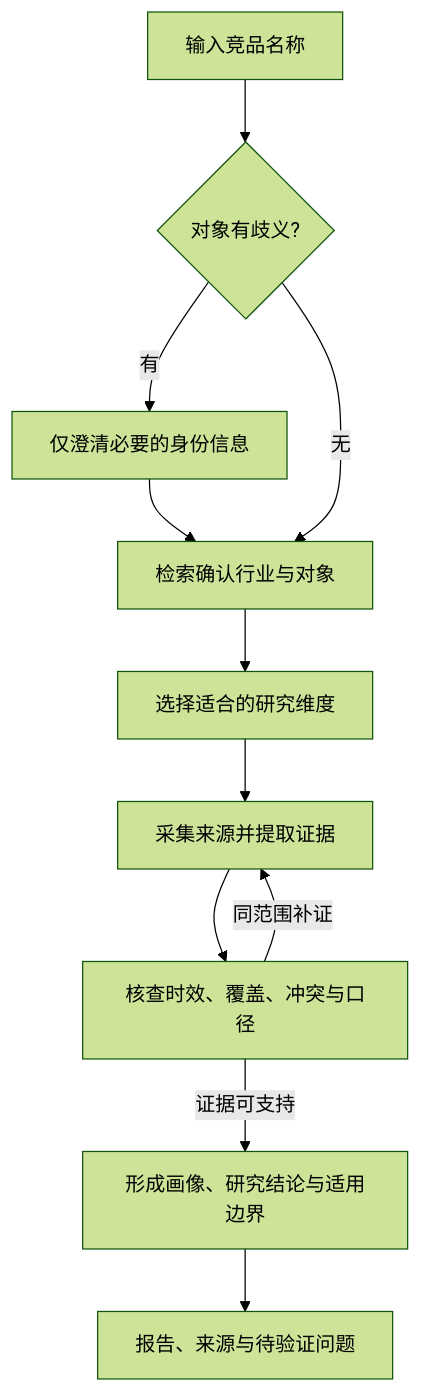
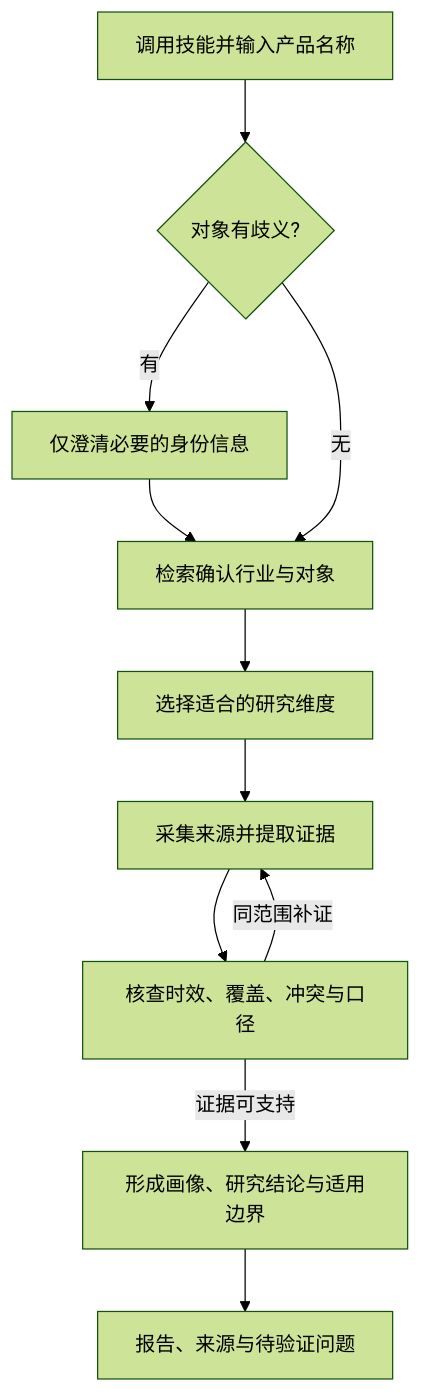
Before and after one commit to sakura1412/steal-her-heart: the diagram in README.md, drawn with Mermaid (forest theme). The commit also changed other lines of this file and 12 other files, not shown here.

````diff
--- a/README.md
+++ b/README.md
@@ -73,13 +90,13 @@
 ```mermaid
 flowchart TD
-    A[输入竞品名称] --> B{对象有歧义?}
+    A[调用技能并输入产品名称] --> B{对象有歧义?}
     B -->|有| C[仅澄清必要的身份信息]
     C --> D[检索确认行业与对象]
     B -->|无| D
     D --> E[选择适合的研究维度]
     E --> F[采集来源并提取证据]
     F --> G[核查时效、覆盖、冲突与口径]
     G -->|同范围补证| F
     G -->|证据可支持| H[形成画像、研究结论与适用边界]
     H --> I[报告、来源与待验证问题]
 ```
````
